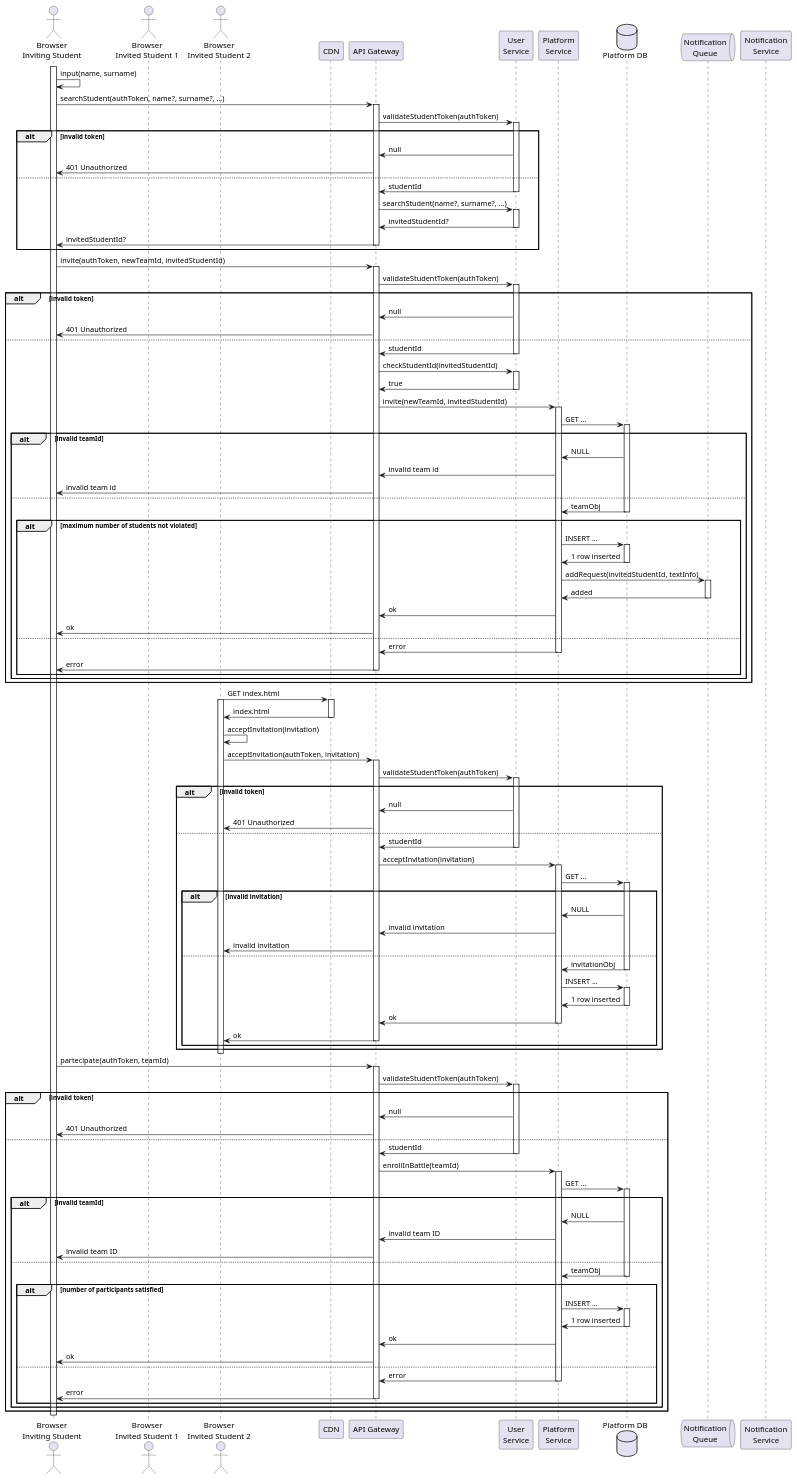
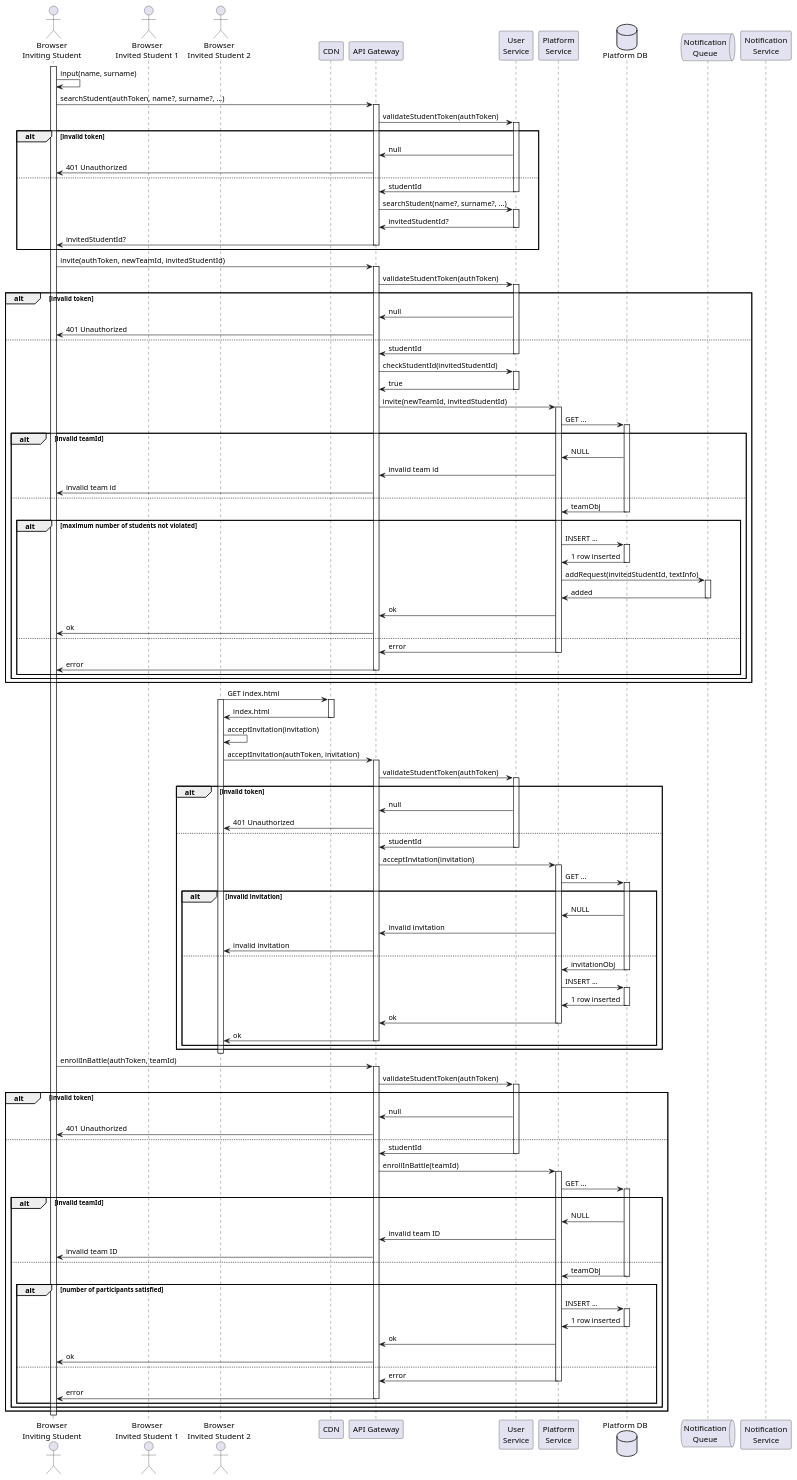
One commit to Furrrlo/CodeKataBattle changed the diagram in dd/puml/rw5-part2.puml. Above: the diagram before and after it, drawn with PlantUML. The commit also changed 1 other file, not shown here.

Commit message:
Add enrollInBattle in component interface

```diff
--- a/dd/puml/rw5-part2.puml
+++ b/dd/puml/rw5-part2.puml
@@ -1,127 +1,127 @@
 @startuml RW4 - Students create a team for a tournament battle
 
 actor "Browser\nInviting Student" as Browser
 actor "Browser\nInvited Student 1" as Browser1
 actor "Browser\nInvited Student 2" as Browser2
 participant CDN
 participant "API Gateway" as gateway
 participant "User\nService" as auth
 
 participant "Platform\nService" as platform
 database "Platform DB" as platformDb
 
 queue  "Notification\nQueue" as notificationQueue
 participant "Notification\nService" as notification
 
 'INVITE STUDENT 2
 activate Browser
 Browser -> Browser : input(name, surname)
 
 Browser -> gateway ++ : searchStudent(authToken, name?, surname?, ...)
 gateway -> auth ++ : validateStudentToken(authToken)
 alt invalid token
     gateway <- auth : null
     Browser <- gateway : 401 Unauthorized
 else
     gateway <- auth -- : studentId
     gateway -> auth ++ : searchStudent(name?, surname?, ...)
     gateway <- auth -- : invitedStudentId?
     Browser <- gateway -- : invitedStudentId?
 end
 
 Browser -> gateway ++ : invite(authToken, newTeamId, invitedStudentId)
 gateway -> auth ++ : validateStudentToken(authToken)
 alt invalid token
     gateway <- auth : null
     Browser <- gateway : 401 Unauthorized
 else
     gateway <- auth -- : studentId
     gateway -> auth ++ : checkStudentId(invitedStudentId)
     gateway <- auth -- : true
     gateway -> platform ++ : invite(newTeamId, invitedStudentId)
     platform -> platformDb ++ : GET ...
 
     alt invalid teamId
         platform <- platformDb : NULL
         gateway <- platform : invalid team id
         Browser <- gateway : invalid team id
     else
         platform <- platformDb -- : teamObj
 
         alt maximum number of students not violated
             platform -> platformDb ++ : INSERT ...
             platform <- platformDb -- : 1 row inserted
             platform -> notificationQueue ++ : addRequest(invitedStudentId, textInfo)
             platform <- notificationQueue -- : added
             gateway <- platform : ok
             Browser <- gateway : ok
         else
             gateway <- platform -- : error
             Browser <- gateway -- : error
 
         end
     end
 end
 
 'STUDENT 2 ACCEPTS INVITATION
 Browser2 -> CDN ++ : GET index.html
 activate Browser2
 Browser2 <- CDN -- : index.html
 Browser2 -> Browser2 : acceptInvitation(invitation)
 Browser2 -> gateway ++ : acceptInvitation(authToken, invitation)
 gateway -> auth ++ : validateStudentToken(authToken)
 alt invalid token
     gateway <- auth : null
     Browser2 <- gateway : 401 Unauthorized
 else
     gateway <- auth -- : studentId
     gateway -> platform ++ : acceptInvitation(invitation)
     platform -> platformDb ++ : GET ...
 
     alt invalid invitation
         platform <- platformDb : NULL
         gateway <- platform : invalid invitation
         Browser2 <- gateway : invalid invitation
     else
         platform <- platformDb -- : invitationObj
         platform -> platformDb ++ : INSERT ...
         platform <- platformDb -- : 1 row inserted
         gateway <- platform -- : ok
         Browser2 <- gateway -- : ok
     end
 end
 deactivate Browser2
 
 'PARTECIPATE
-Browser -> gateway ++ : partecipate(authToken, teamId)
+Browser -> gateway ++ : enrollInBattle(authToken, teamId)
 gateway -> auth ++ : validateStudentToken(authToken)
 alt invalid token
     gateway <- auth : null
     Browser <- gateway : 401 Unauthorized
 else
     gateway <- auth -- : studentId
     gateway -> platform ++ : enrollInBattle(teamId)
     platform -> platformDb ++ : GET ...
 
     alt invalid teamId
         platform <- platformDb : NULL
         gateway <- platform : invalid team ID
         Browser <- gateway : invalid team ID
     else
         platform <- platformDb -- : teamObj
 
         alt number of participants satisfied
             platform -> platformDb ++ : INSERT ...
             platform <- platformDb -- : 1 row inserted
             gateway <- platform : ok
             Browser <- gateway : ok
         else
             gateway <- platform -- : error
             Browser <- gateway -- : error
         end
     end
 end
 
 deactivate Browser
 
 @enduml
```
